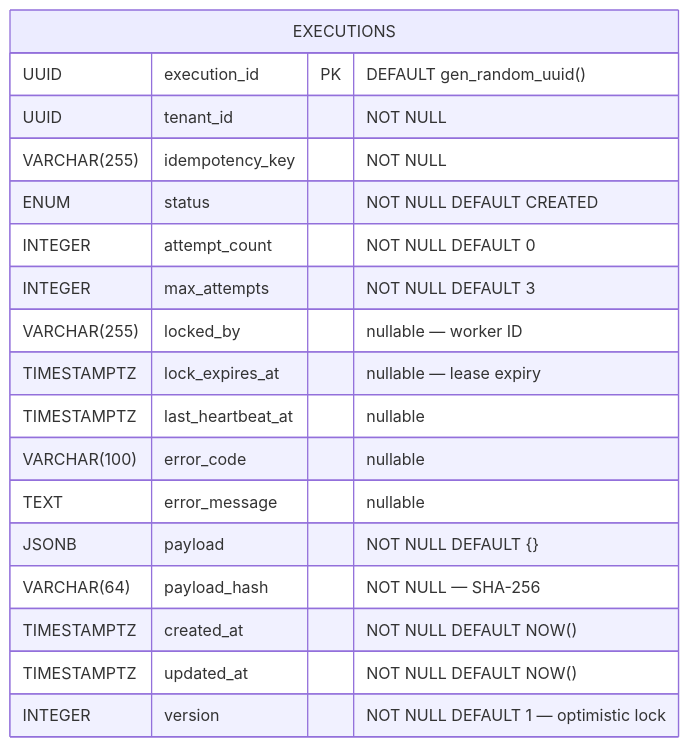
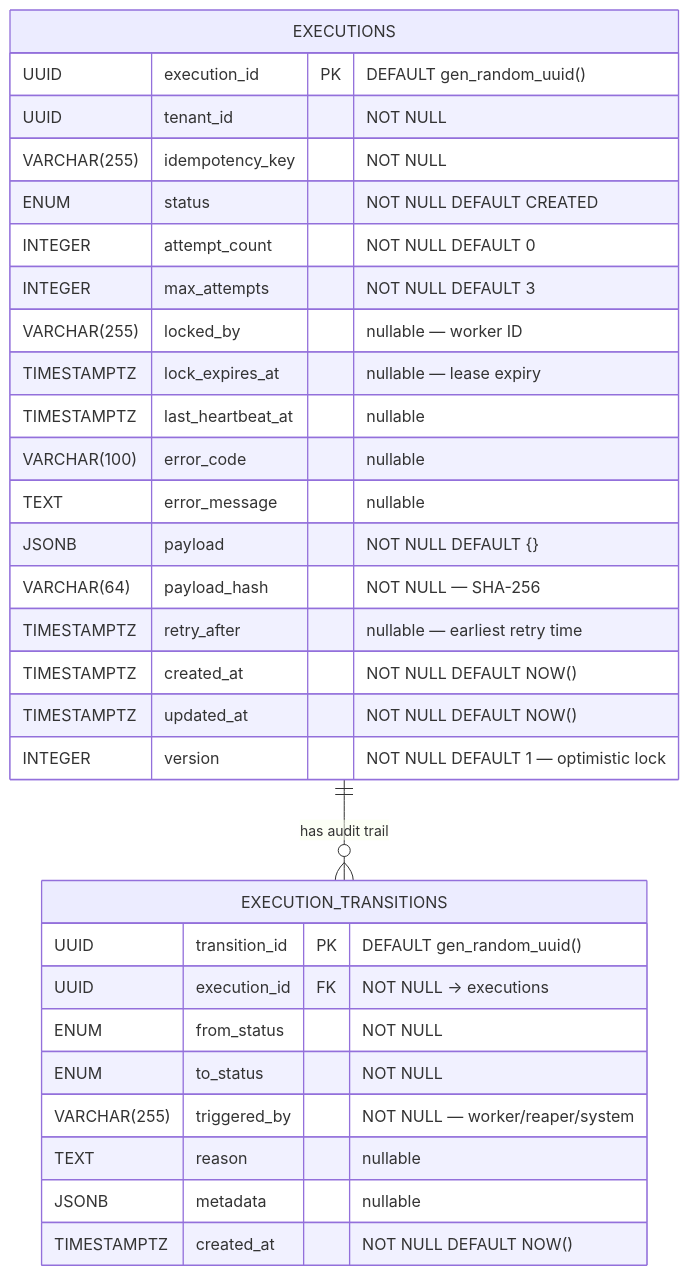
One commit to narayana-reddy-nexoraa/platform changed the first of 2 diagrams in docs/erd.md. Above: the diagram before and after it, drawn with Mermaid. The commit also changed other lines of this file, not shown here.

Commit message:
docs: update ERD with execution_transitions table and retry state machine
Adds execution_transitions audit table, retry_after column, updated
state diagram reflecting FAILED→CREATED and TIMED_OUT→CREATED retry
transitions, and reaper recovery path (CLAIMED→CREATED).

````diff
--- a/docs/erd.md
+++ b/docs/erd.md
@@ -5,21 +5,35 @@
 ```mermaid
 erDiagram
     EXECUTIONS {
         UUID execution_id PK "DEFAULT gen_random_uuid()"
         UUID tenant_id "NOT NULL"
         VARCHAR(255) idempotency_key "NOT NULL"
         ENUM status "NOT NULL DEFAULT CREATED"
         INTEGER attempt_count "NOT NULL DEFAULT 0"
         INTEGER max_attempts "NOT NULL DEFAULT 3"
         VARCHAR(255) locked_by "nullable — worker ID"
         TIMESTAMPTZ lock_expires_at "nullable — lease expiry"
         TIMESTAMPTZ last_heartbeat_at "nullable"
         VARCHAR(100) error_code "nullable"
         TEXT error_message "nullable"
         JSONB payload "NOT NULL DEFAULT {}"
         VARCHAR(64) payload_hash "NOT NULL — SHA-256"
+        TIMESTAMPTZ retry_after "nullable — earliest retry time"
         TIMESTAMPTZ created_at "NOT NULL DEFAULT NOW()"
         TIMESTAMPTZ updated_at "NOT NULL DEFAULT NOW()"
         INTEGER version "NOT NULL DEFAULT 1 — optimistic lock"
     }
+
+    EXECUTION_TRANSITIONS {
+        UUID transition_id PK "DEFAULT gen_random_uuid()"
+        UUID execution_id FK "NOT NULL → executions"
+        ENUM from_status "NOT NULL"
+        ENUM to_status "NOT NULL"
+        VARCHAR(255) triggered_by "NOT NULL — worker/reaper/system"
+        TEXT reason "nullable"
+        JSONB metadata "nullable"
+        TIMESTAMPTZ created_at "NOT NULL DEFAULT NOW()"
+    }
+
+    EXECUTIONS ||--o{ EXECUTION_TRANSITIONS : "has audit trail"
 ```
````
